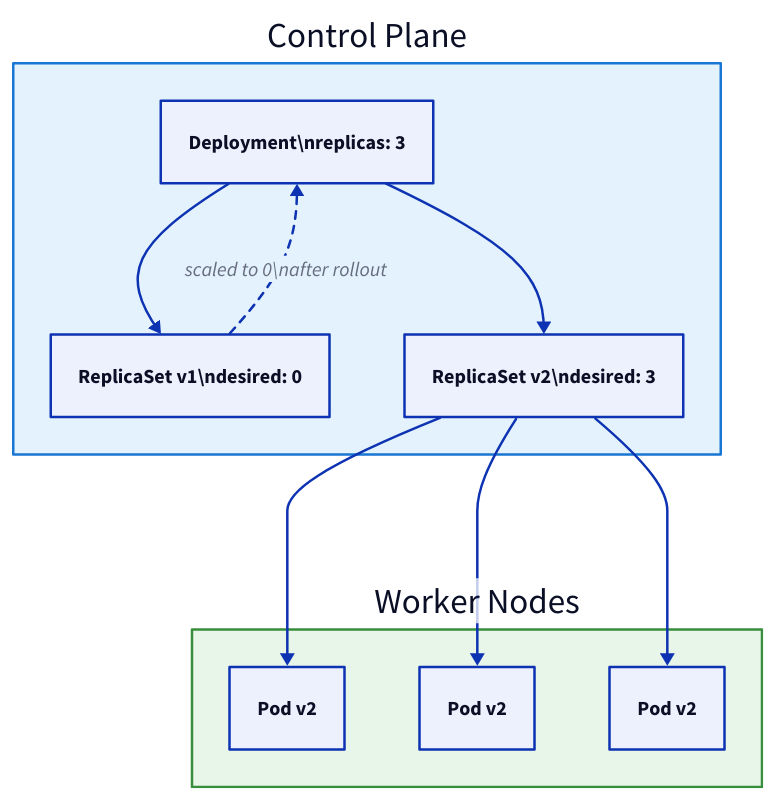
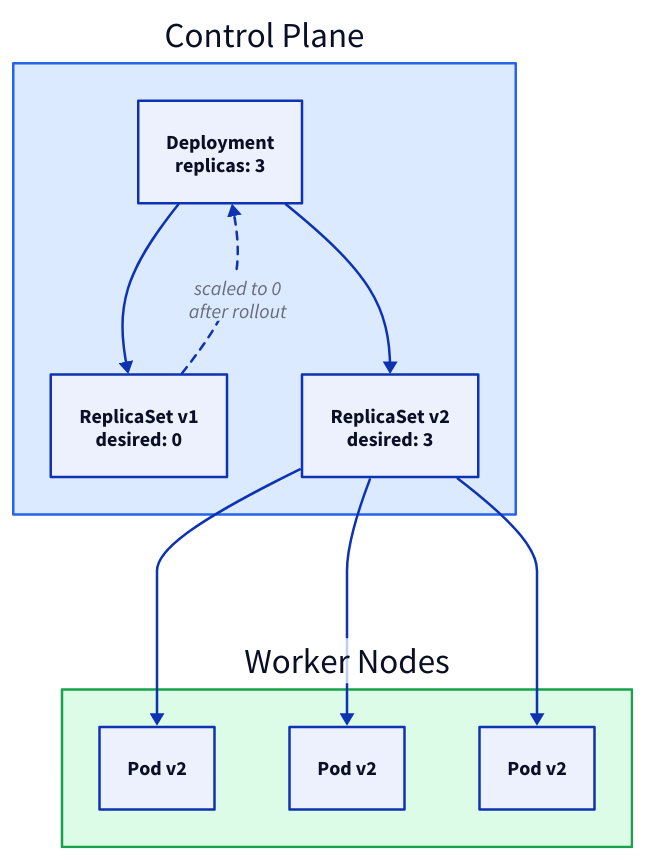
One commit to rebash-rebash/rebash-academy changed the diagram in docs/kubernetes/deployments-managing-replicated-pods.md. Above: the diagram before and after it, drawn with D2. The commit also changed other lines of this file and 177 other files, not shown here.

First line of the commit message:
Ship Terraform track, diagram polish, and new brand favicon.

````diff
--- a/docs/kubernetes/deployments-managing-replicated-pods.md
+++ b/docs/kubernetes/deployments-managing-replicated-pods.md
@@ -56,30 +56,30 @@
 ```d2
 direction: down
 
 Control: "Control Plane" {
       style: {
-        fill: "#e3f2fd"
-        stroke: "#1976d2"
+        fill: "#dbeafe"
+        stroke: "#2563eb"
       }
-        DEP: "Deployment\\nreplicas: 3"
-        RS1: "ReplicaSet v1\\ndesired: 0"
-        RS2: "ReplicaSet v2\\ndesired: 3"
+        DEP: "Deployment\nreplicas: 3"
+        RS1: "ReplicaSet v1\ndesired: 0"
+        RS2: "ReplicaSet v2\ndesired: 3"
     }
     Data: "Worker Nodes" {
       style: {
-        fill: "#e8f5e9"
-        stroke: "#388e3c"
+        fill: "#dcfce7"
+        stroke: "#16a34a"
       }
         P1: "Pod v2"
         P2: "Pod v2"
         P3: "Pod v2"
     }
     Control.DEP -> Control.RS1
     Control.DEP -> Control.RS2
     Control.RS2 -> Data.P1
     Control.RS2 -> Data.P2
     Control.RS2 -> Data.P3
-    Control.RS1 -> Control.DEP: "scaled to 0\\nafter rollout" {
+    Control.RS1 -> Control.DEP: "scaled to 0\nafter rollout" {
       style.stroke-dash: 3
     }
 ```
````
